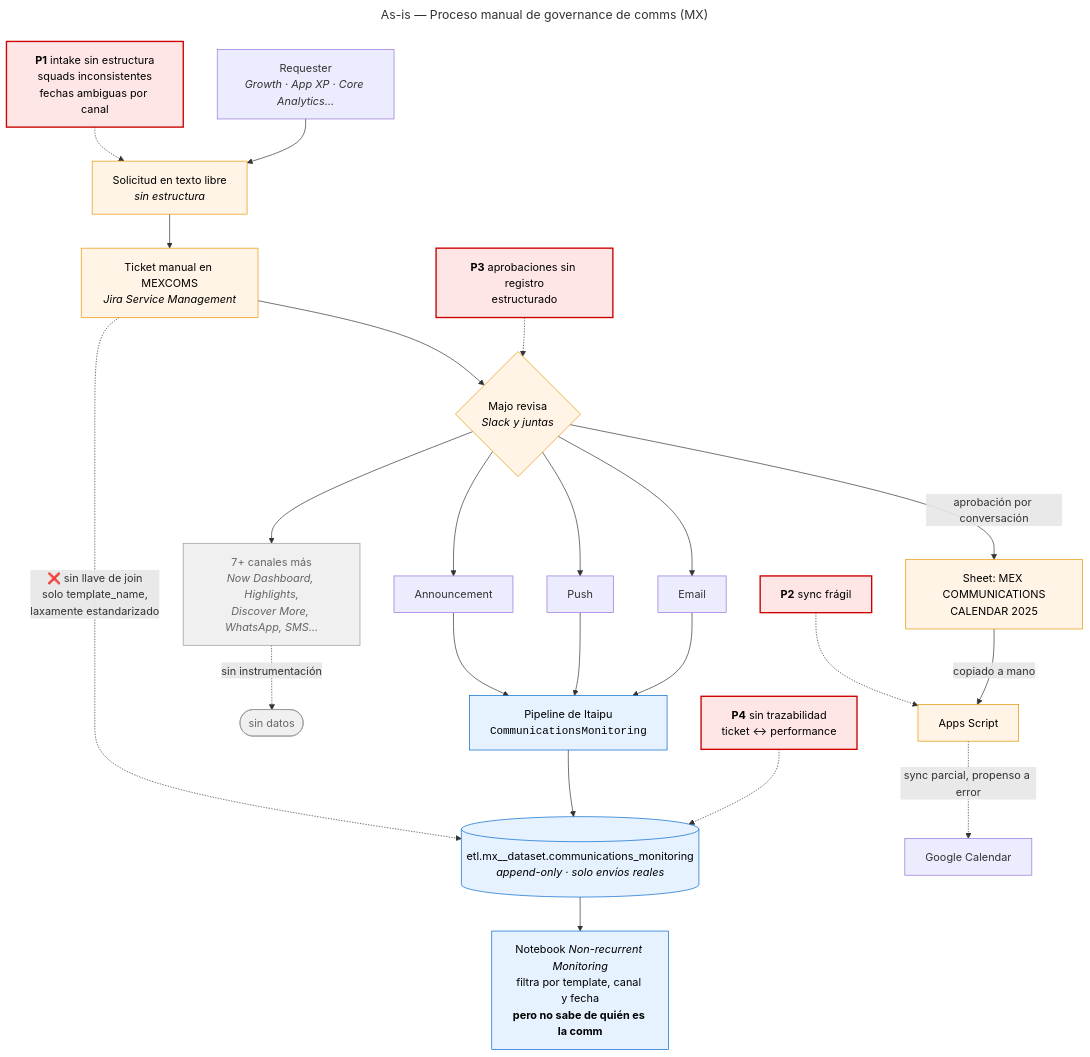
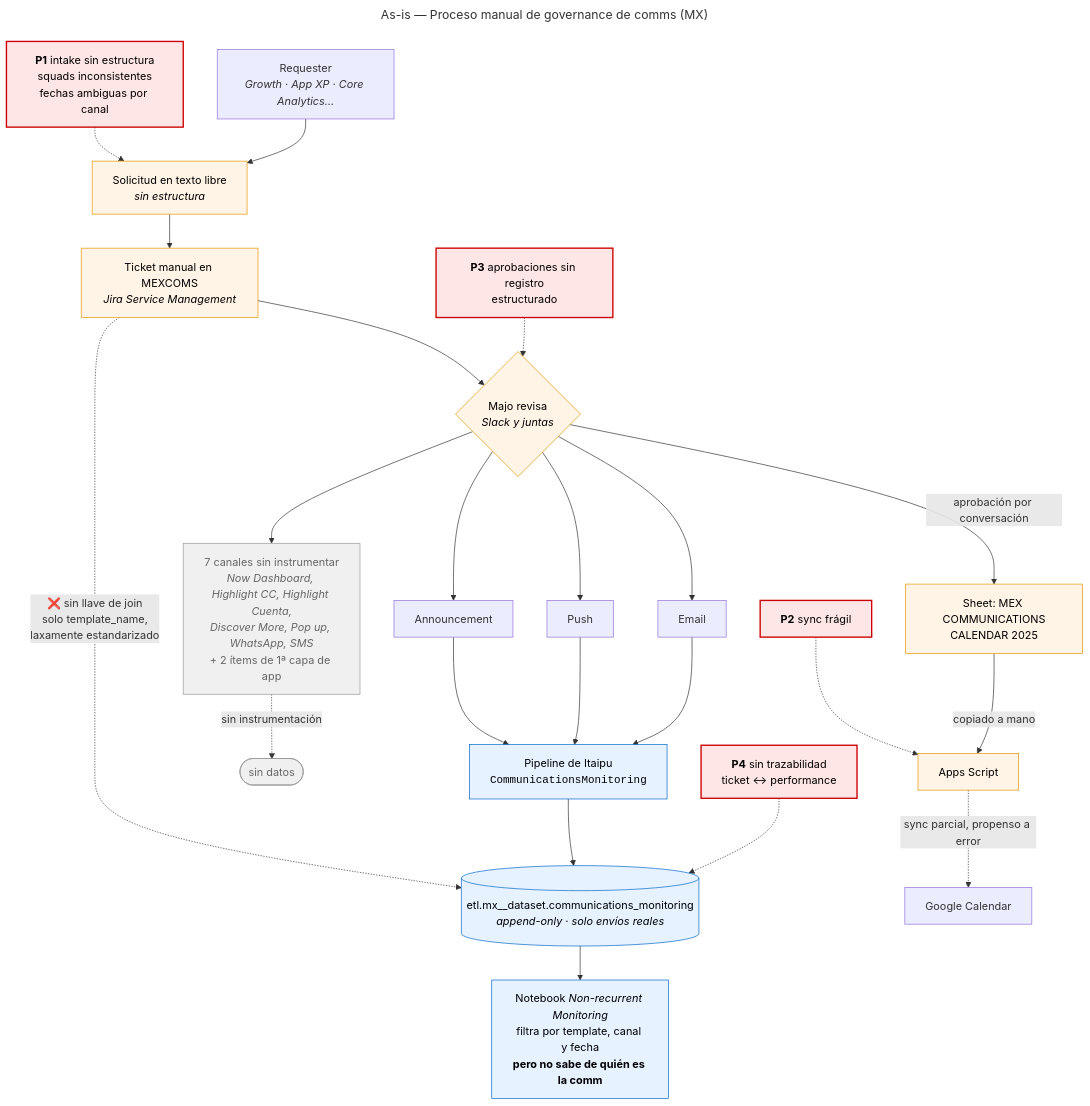
The diagram in diagrams/as-is.mmd (emilianosu/CommsGovernanceAutomation), drawn with Mermaid before and after one commit. The commit also changed 7 other files, not shown here.

```diff
--- a/diagrams/as-is.mmd
+++ b/diagrams/as-is.mmd
@@ -1,51 +1,51 @@
 ---
 title: As-is — Proceso manual de governance de comms (MX)
 ---
 flowchart TD
     R["Requester<br/><i>Growth · App XP · Core Analytics…</i>"]
     FT["Solicitud en texto libre<br/><i>sin estructura</i>"]
     JT["Ticket manual en MEXCOMS<br/><i>Jira Service Management</i>"]
     MAJO{"Majo revisa<br/><i>Slack y juntas</i>"}
     SHEET["Sheet: MEX COMMUNICATIONS<br/>CALENDAR 2025"]
     AS["Apps Script"]
     GCAL["Google Calendar"]
 
     EMAIL["Email"]
     PUSH["Push"]
     ANN["Announcement"]
-    OTHER["7+ canales más<br/><i>Now Dashboard, Highlights,<br/>Discover More, WhatsApp, SMS…</i>"]
+    OTHER["7 canales sin instrumentar<br/><i>Now Dashboard, Highlight CC, Highlight Cuenta,<br/>Discover More, Pop up, WhatsApp, SMS</i><br/>+ 2 ítems de 1ª capa de app"]
 
     ITAIPU["Pipeline de Itaipu<br/><code>CommunicationsMonitoring</code>"]
     TABLE[("etl.mx__dataset.communications_monitoring<br/><i>append-only · solo envíos reales</i>")]
     NB["Notebook <i>Non-recurrent Monitoring</i><br/>filtra por template, canal y fecha<br/><b>pero no sabe de quién es la comm</b>"]
 
     R --> FT --> JT --> MAJO
     MAJO -->|"aprobación por conversación"| SHEET
     SHEET -->|"copiado a mano"| AS
     AS -.->|"sync parcial, propenso a error"| GCAL
 
     MAJO --> EMAIL & PUSH & ANN & OTHER
     EMAIL & PUSH & ANN --> ITAIPU --> TABLE --> NB
     OTHER -.->|"sin instrumentación"| X(["sin datos"])
 
     JT -. "❌ sin llave de join<br/>solo template_name,<br/>laxamente estandarizado" .-> TABLE
 
     P1["<b>P1</b> intake sin estructura<br/>squads inconsistentes<br/>fechas ambiguas por canal"]
     P2["<b>P2</b> sync frágil"]
     P3["<b>P3</b> aprobaciones sin registro<br/>estructurado"]
     P4["<b>P4</b> sin trazabilidad<br/>ticket ↔ performance"]
 
     P1 -.-> FT
     P2 -.-> AS
     P3 -.-> MAJO
     P4 -.-> TABLE
 
     classDef problem fill:#ffe6e6,stroke:#cc0000,stroke-width:2px,color:#000
     classDef manual fill:#fff4e6,stroke:#e69500,color:#000
     classDef data fill:#e6f2ff,stroke:#0066cc,color:#000
     classDef none fill:#f0f0f0,stroke:#999,color:#666
 
     class P1,P2,P3,P4 problem
     class FT,JT,SHEET,AS,MAJO manual
     class ITAIPU,TABLE,NB data
     class X,OTHER none
```
